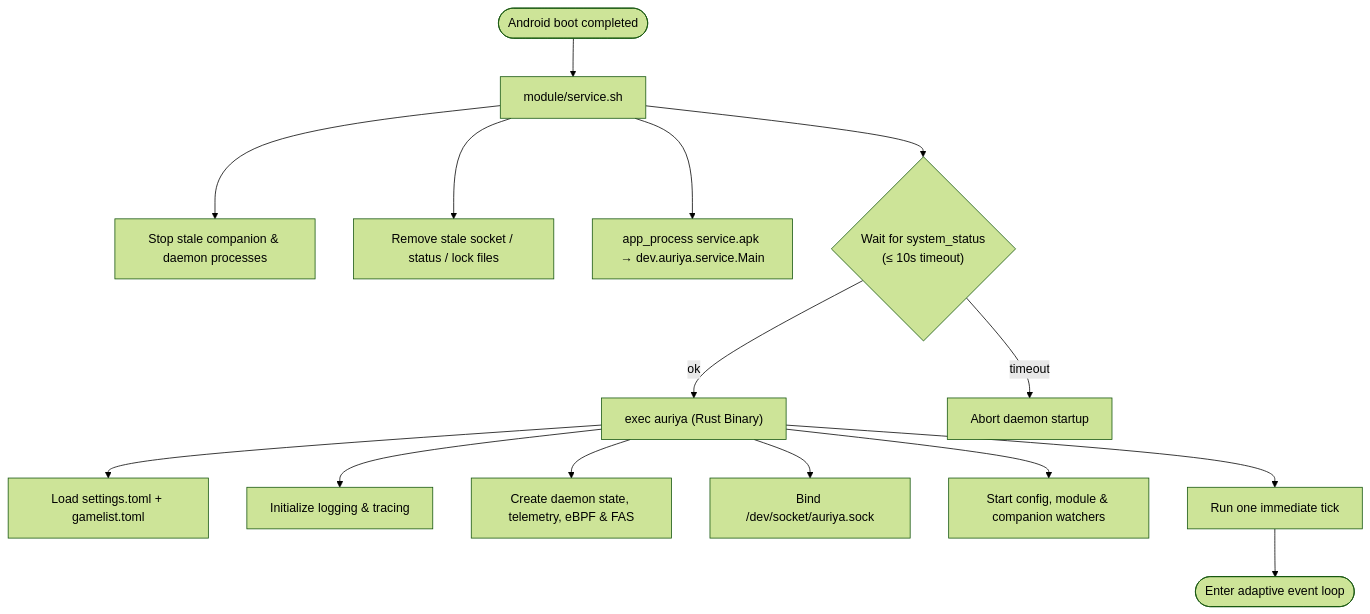
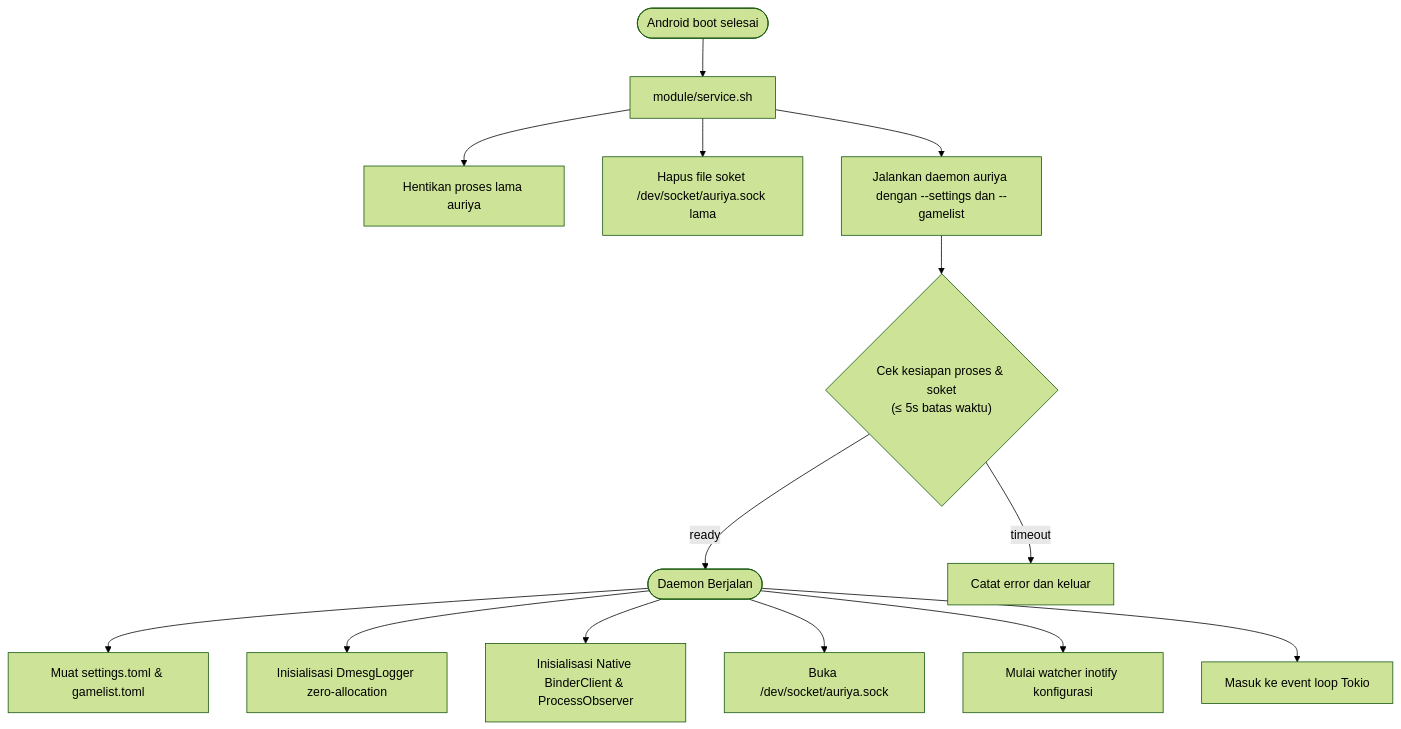
Before and after one commit to pavelc4/auriya-wiki: the second of 3 diagrams in src/content/docs/id/architecture/overview.md, drawn with Mermaid (forest theme). The commit also changed other lines of this file and 42 other files, not shown here.

Commit message:
docs: overhaul architecture documentation for v2.2.0 Native Binder IPC

````diff
--- a/src/content/docs/id/architecture/overview.md
+++ b/src/content/docs/id/architecture/overview.md
@@ -35,18 +37,17 @@
 ```mermaid
 flowchart TD
-    boot([Android boot completed]) --> svc["module/service.sh"]
-    svc --> c1["Stop stale companion & daemon processes"]
-    svc --> c2["Remove stale socket / status / lock files"]
-    svc --> c3["app_process service.apk → dev.auriya.service.Main"]
-    svc --> c4{"Wait for system_status<br/>(≤ 10s timeout)"}
-    c4 -->|ok| daemon["exec auriya (Rust Binary)"]
-    c4 -->|timeout| abort["Abort daemon startup"]
+    boot([Android boot selesai]) --> svc["module/service.sh"]
+    svc --> c1["Hentikan proses lama auriya"]
+    svc --> c2["Hapus file soket /dev/socket/auriya.sock lama"]
+    svc --> c3["Jalankan daemon auriya dengan --settings dan --gamelist"]
+    c3 --> wait_ready{"Cek kesiapan proses & soket<br/>(≤ 5s batas waktu)"}
+    wait_ready -->|ready| running([Daemon Berjalan])
+    wait_ready -->|timeout| fallback["Catat error dan keluar"]
 
-    daemon --> d1["Load settings.toml + gamelist.toml"]
-    daemon --> d2["Initialize logging & tracing"]
-    daemon --> d3["Create daemon state, telemetry, eBPF & FAS"]
-    daemon --> d4["Bind /dev/socket/auriya.sock"]
-    daemon --> d5["Start config, module & companion watchers"]
-    daemon --> d6["Run one immediate tick"]
-    d6 --> loop([Enter adaptive event loop])
+    running --> d1["Muat settings.toml & gamelist.toml"]
+    running --> d2["Inisialisasi DmesgLogger zero-allocation"]
+    running --> d3["Inisialisasi Native BinderClient & ProcessObserver"]
+    running --> d4["Buka /dev/socket/auriya.sock"]
+    running --> d5["Mulai watcher inotify konfigurasi"]
+    running --> d6["Masuk ke event loop Tokio"]
 ```
````
